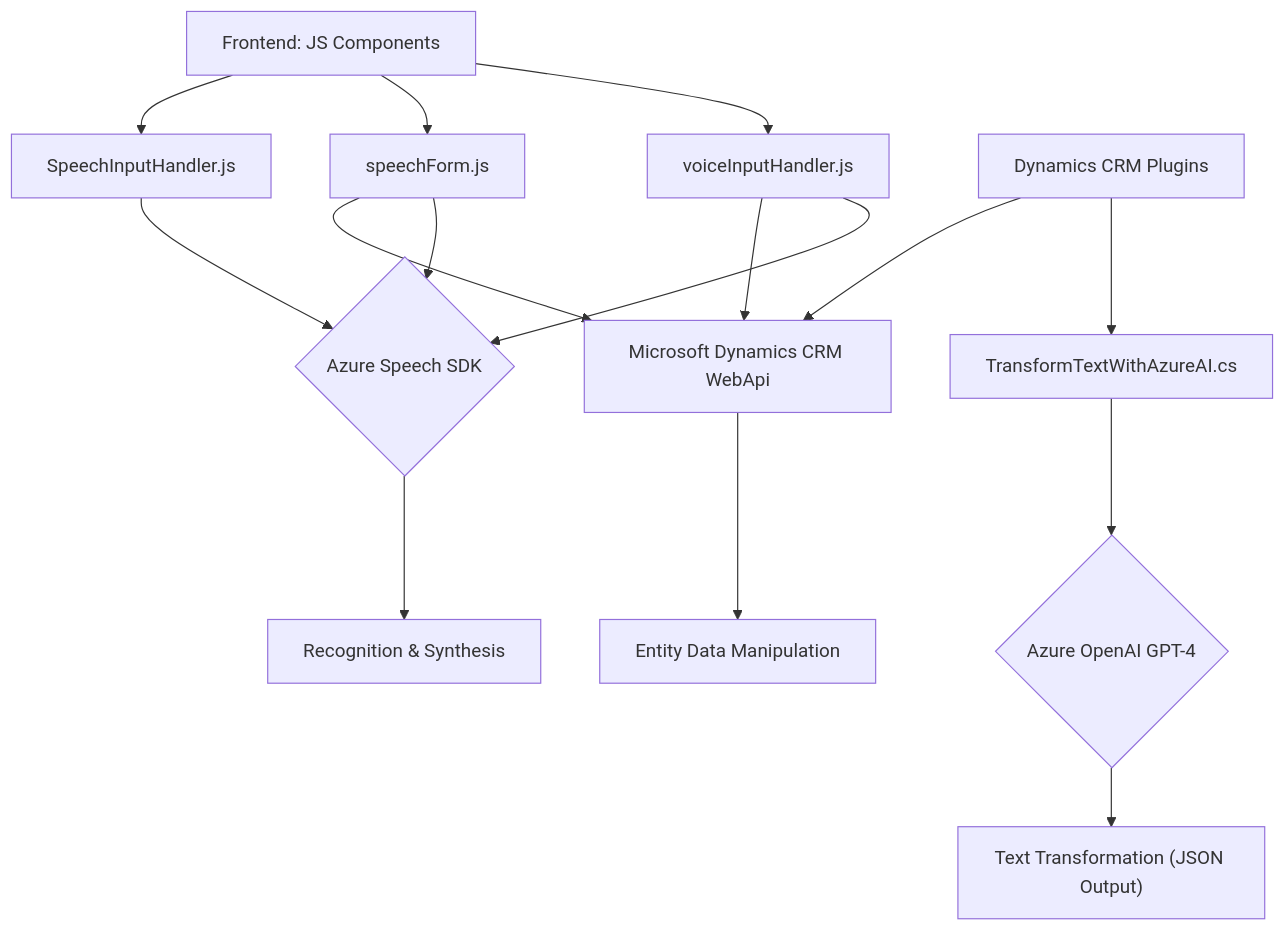
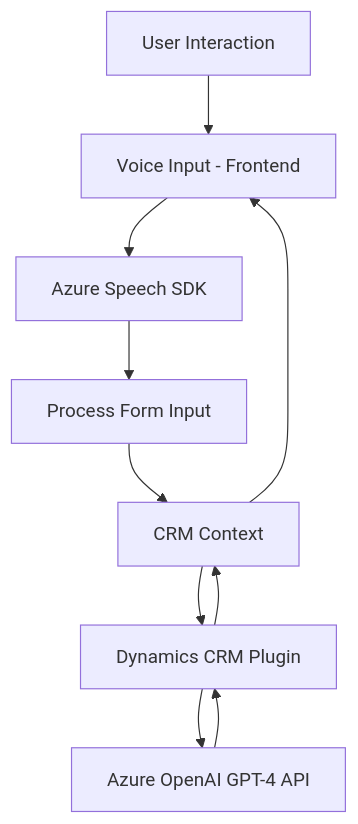
Before and after one commit to blopezdm/NETCORE_BILBAO2025: the diagram in README.md, drawn with Mermaid. The commit also changed other lines of this file, not shown here.

````diff
--- a/README.md
+++ b/README.md
@@ -36,22 +36,12 @@
 ```mermaid
 graph TD
-    A["Frontend: JS Components"] --> B["voiceInputHandler.js"]
-    A --> C["speechForm.js"]
-    A --> D["SpeechInputHandler.js"]
-
-    B --> E{"Azure Speech SDK"}
-    C --> E
-    D --> E
-
-    F["Dynamics CRM Plugins"] --> G["TransformTextWithAzureAI.cs"]
-    G --> H{"Azure OpenAI GPT-4"}
-
-    I["Microsoft Dynamics CRM WebApi"]
-    F --> I
-    B --> I
-    C --> I
-
-    E --> J["Recognition & Synthesis"]
-    H --> K["Text Transformation (JSON Output)"]
-    I --> L["Entity Data Manipulation"]
+    A["User Interaction"] --> B["Voice Input - Frontend"]
+    B --> C["Azure Speech SDK"]
+    C --> D["Process Form Input"]
+    D --> E["CRM Context"]
+    E --> F["Dynamics CRM Plugin"]
+    F --> G["Azure OpenAI GPT-4 API"]
+    G --> F
+    F --> E
+    E --> B
 ```
````
